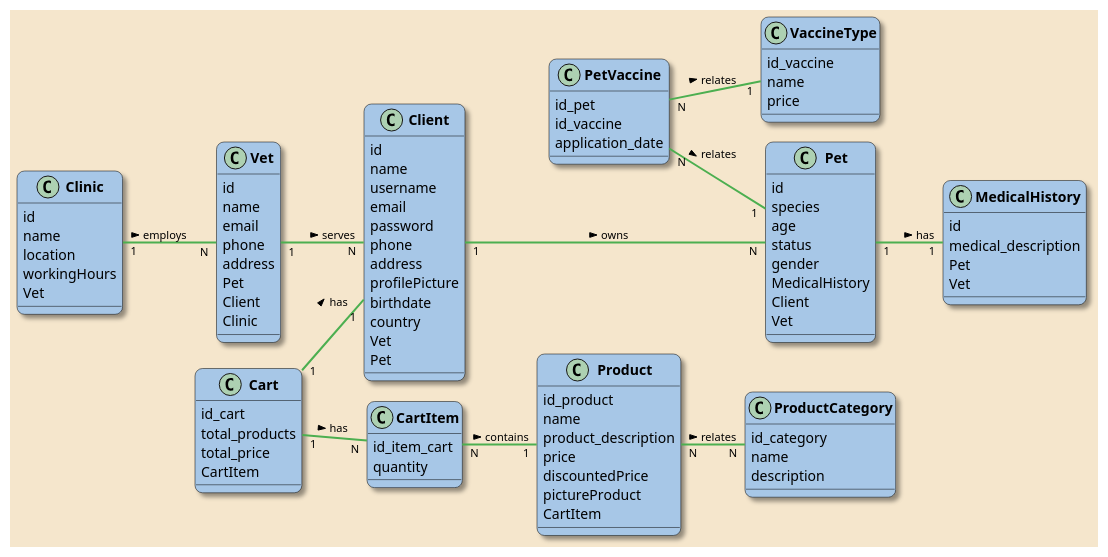
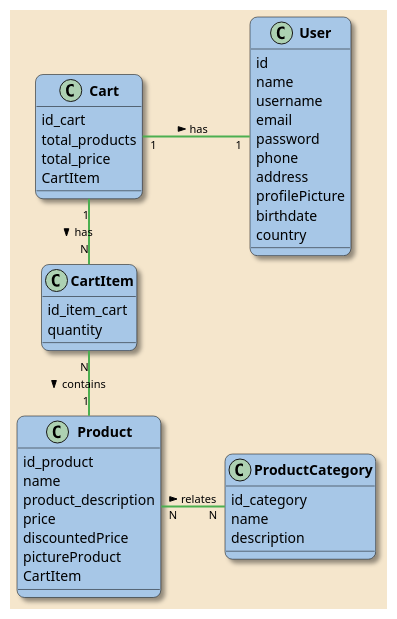
Before and after one commit to Vet-Up/tienda-back: the diagram in src/public/diagram.puml, drawn with PlantUML. The commit also changed 27 other files, not shown here.

```diff
--- a/src/public/diagram.puml
+++ b/src/public/diagram.puml
@@ -1,136 +1,79 @@
 @startuml
 'Direccion of the diagram'
 left to right direction
 'Used style'
 skinparam backgroundColor #F5E6CC
 'Classes'
 skinparam classBackgroundColor #A7C7E7
 skinparam classBorderColor #000000
 skinparam shadowing true
 skinparam roundcorner 15
 'Titles'
 skinparam classFontColor #000000
 skinparam classFontStyle bold
 'Relationships'
 skinparam classArrowColor #4CAF50
 skinparam classArrowThickness 2
 skinparam classArrowFontColor black
 skinparam classArrowFontSize 11
-skinparam nodesep 20
+skinparam nodesep 50
 skinparam ranksep 5
 
 
 
 
 ' Entities'
-class Client{
+class User{
     id
     name
     username
     email
     password
     phone
     address
     profilePicture
     birthdate
     country
-    Vet
-    Pet
 
-}
-
-class Pet {
-    id
-    species
-    age
-    status
-    gender
-    MedicalHistory
-    Client
-    Vet
-}
-
-class MedicalHistory{
-    id
-    medical_description
-    Pet
-    Vet
-}
-
-class Vet {
-    id
-    name
-    email
-    phone
-    address
-    Pet
-    Client
-    Clinic
-}
-
-class VaccineType{
-    id_vaccine
-    name
-    price
-}
-
-class PetVaccine{
-    id_pet
-    id_vaccine
-    application_date
-}
-
-class Clinic {
-    id
-    name
-    location
-    workingHours
-    Vet
 }
 
 class Cart{
     id_cart
     total_products
     total_price
     CartItem
 }
 
 class CartItem{
     id_item_cart
     quantity
 }
 
 class Product{
     id_product
     name
     product_description
     price
     discountedPrice
     pictureProduct
     CartItem
 }
 
 class ProductCategory{
     id_category
     name
     description
 }
 
 
 'Relationships'
-Client "1" --- "N" Pet : owns >
-Pet "1" -- "1" MedicalHistory : has >
-Vet "1" -- "N" Client : serves >
-Clinic "1" -- "N" Vet : employs >
-Cart "1" -- "N" CartItem : has >
-CartItem "N" -- "1" Product : contains >
-PetVaccine "N" -- "1" Pet : relates >
-PetVaccine "N" -- "1" VaccineType : relates >
-Cart "1" -- "1" Client : has >
+Cart "1" -- "1" User : has >
+Cart "1" - "N" CartItem : has >
+CartItem "N" - "1" Product : contains >
 Product "N" -- "N" ProductCategory : relates >
 
 
 
 
 
 @enduml
```
